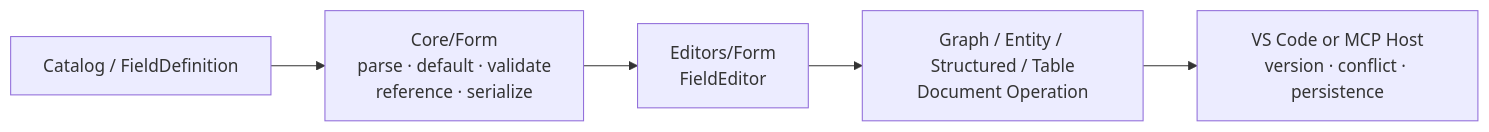
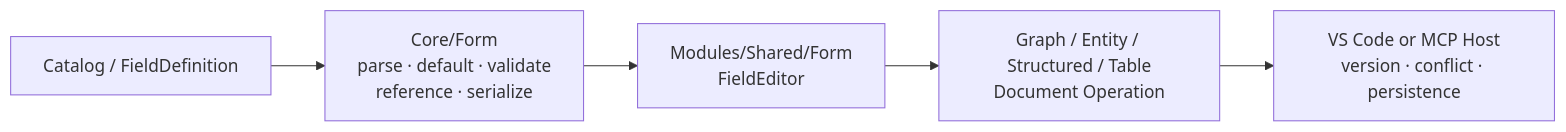
Before and after one commit to zh880517/VisualBridge: the first of 2 diagrams in Doc/FormFieldEditor.md, drawn with Mermaid. The commit also changed other lines of this file and 27 other files, not shown here.

Commit message:
G2b Publish the debug and module architecture docs

````diff
--- a/Doc/FormFieldEditor.md
+++ b/Doc/FormFieldEditor.md
@@ -11,7 +11,7 @@
 ```mermaid
 flowchart LR
     Catalog["Catalog / FieldDefinition"] --> Core["Core/Form\nparse · default · validate\nreference · serialize"]
-    Core --> UI["Editors/Form\nFieldEditor"]
+    Core --> UI["Modules/Shared/Form\nFieldEditor"]
     UI --> Domain["Graph / Entity / Structured / Table\nDocument Operation"]
     Domain --> Host["VS Code or MCP Host\nversion · conflict · persistence"]
 ```
````
